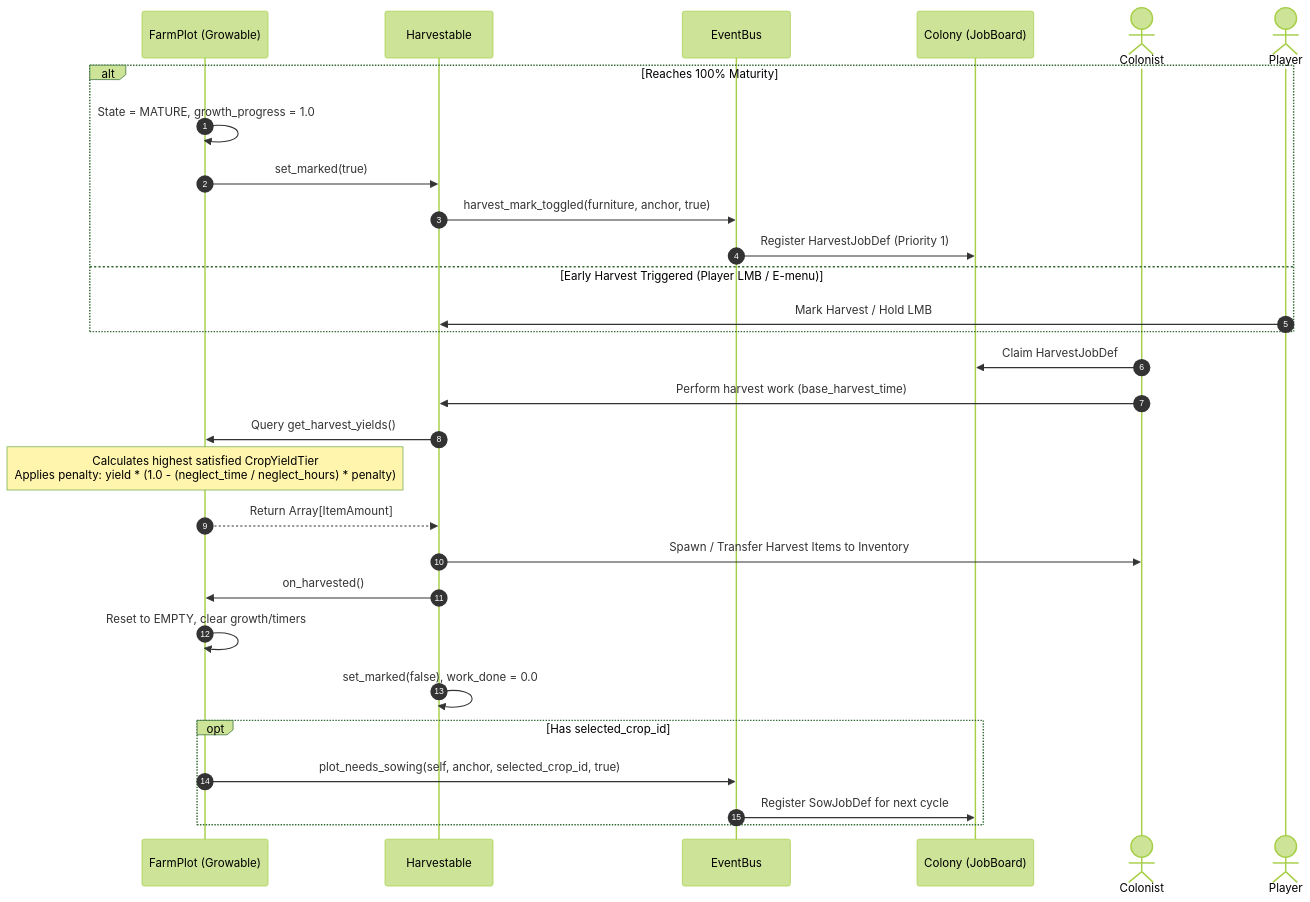
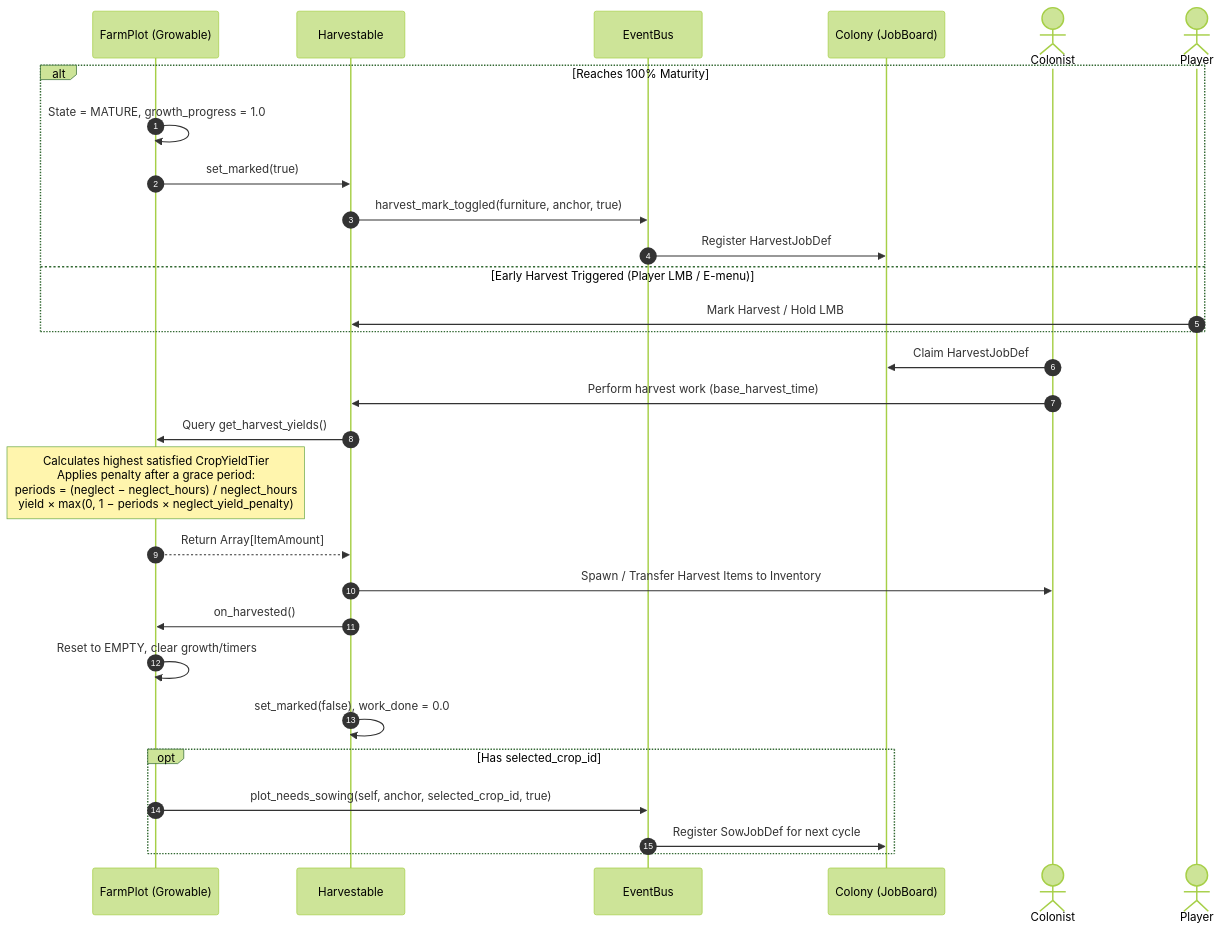
One commit to gdgonzaga/vek-holdout changed the fifth of 5 diagrams in docs/architecture/farming.md. Above: the diagram before and after it, drawn with Mermaid (forest theme). The commit also changed other lines of this file and 8 other files, not shown here.

````diff
--- a/docs/architecture/farming.md
+++ b/docs/architecture/farming.md
@@ -199,36 +199,36 @@
 ```mermaid
 sequenceDiagram
     autonumber
     participant Plot as FarmPlot (Growable)
     participant Harv as Harvestable
     participant Bus as EventBus
     participant Board as Colony (JobBoard)
     actor Colonist
 
     alt Reaches 100% Maturity
         Plot->>Plot: State = MATURE, growth_progress = 1.0
         Plot->>Harv: set_marked(true)
         Harv->>Bus: harvest_mark_toggled(furniture, anchor, true)
-        Bus->>Board: Register HarvestJobDef (Priority 1)
+        Bus->>Board: Register HarvestJobDef
     else Early Harvest Triggered (Player LMB / E-menu)
         actor Player
         Player->>Harv: Mark Harvest / Hold LMB
     end
 
     Colonist->>Board: Claim HarvestJobDef
     Colonist->>Harv: Perform harvest work (base_harvest_time)
     Harv->>Plot: Query get_harvest_yields()
 
-    Note over Plot: Calculates highest satisfied CropYieldTier<br/>Applies penalty: yield * (1.0 - (neglect_time / neglect_hours) * penalty)
+    Note over Plot: Calculates highest satisfied CropYieldTier<br/>Applies penalty after a grace period:<br/>periods = (neglect − neglect_hours) / neglect_hours<br/>yield × max(0, 1 − periods × neglect_yield_penalty)
     Plot-->>Harv: Return Array[ItemAmount]
     Harv->>Colonist: Spawn / Transfer Harvest Items to Inventory
     Harv->>Plot: on_harvested()
 
     Plot->>Plot: Reset to EMPTY, clear growth/timers
     Harv->>Harv: set_marked(false), work_done = 0.0
     
     opt Has selected_crop_id
         Plot->>Bus: plot_needs_sowing(self, anchor, selected_crop_id, true)
         Bus->>Board: Register SowJobDef for next cycle
     end
 ```
````
